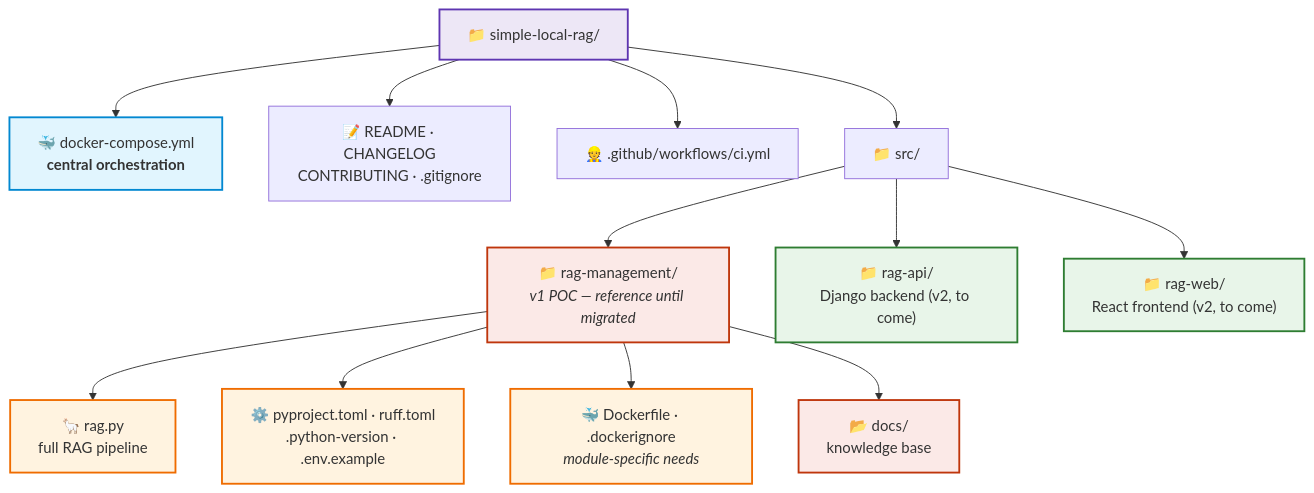
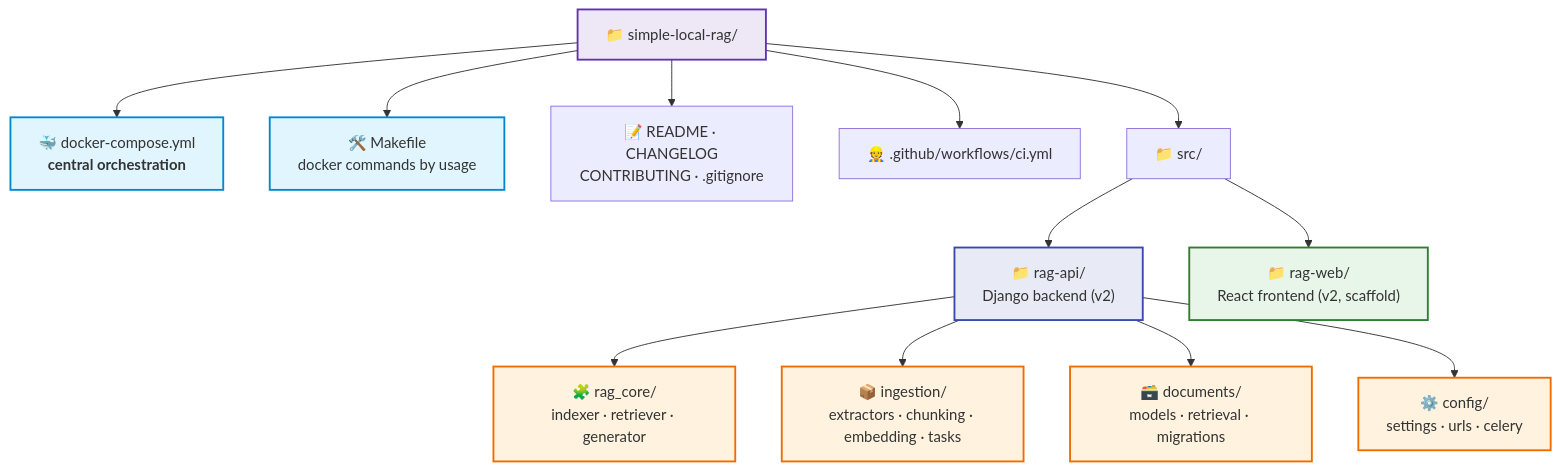
The third of 3 diagrams in README.md (farinaleo/simple-local-rag), drawn with Mermaid before and after one commit. The commit also changed other lines of this file and 21 other files, not shown here.

First line of the commit message:
🧹(backend) migrate rag core to rag_api and remove rag-management (#30)

````diff
--- a/README.md
+++ b/README.md
@@ -123,26 +126,25 @@
 ```mermaid
 flowchart TD
     ROOT["📁 simple-local-rag/"] --> ORCH["🐳 docker-compose.yml<br/><b>central orchestration</b>"]
+    ROOT --> MK["🛠️ Makefile<br/>docker commands by usage"]
     ROOT --> META["📝 README · CHANGELOG<br/>CONTRIBUTING · .gitignore"]
     ROOT --> CI["👷 .github/workflows/ci.yml"]
     ROOT --> SRC["📁 src/"]
-    SRC --> RM["📁 rag-management/<br/><i>v1 POC — reference until migrated</i>"]
-    RM --> CORE["🦙 rag.py<br/>full RAG pipeline"]
-    RM --> UVCFG["⚙️ pyproject.toml · ruff.toml<br/>.python-version · .env.example"]
-    RM --> DOCKER["🐳 Dockerfile · .dockerignore<br/><i>module-specific needs</i>"]
-    RM --> DATA["📂 docs/<br/>knowledge base"]
-    SRC --> API["📁 rag-api/<br/>Django backend (v2, to come)"]
-    SRC --> WEB["📁 rag-web/<br/>React frontend (v2, to come)"]
+    SRC --> API["📁 rag-api/<br/>Django backend (v2)"]
+    API --> CORE["🧩 rag_core/<br/>indexer · retriever · generator"]
+    API --> ING["📦 ingestion/<br/>extractors · chunking · embedding · tasks"]
+    API --> DOCSM["🗃️ documents/<br/>models · retrieval · migrations"]
+    API --> CFG["⚙️ config/<br/>settings · urls · celery"]
+    SRC --> WEB["📁 rag-web/<br/>React frontend (v2, scaffold)"]
 
     classDef root fill:#ede7f6,stroke:#5e35b1,stroke-width:2px
     classDef orch fill:#e1f5fe,stroke:#0288d1,stroke-width:2px
     classDef pkg fill:#e8eaf6,stroke:#3949ab,stroke-width:2px
     classDef core fill:#fff3e0,stroke:#ef6c00,stroke-width:2px
     classDef future fill:#e8f5e9,stroke:#2e7d32,stroke-width:2px
-    classDef legacy fill:#fbe9e7,stroke:#bf360c,stroke-width:2px
     class ROOT root
-    class ORCH orch
-    class RM,DATA legacy
-    class CORE,DOCKER,UVCFG core
-    class API,WEB future
+    class ORCH,MK orch
+    class API pkg
+    class CORE,ING,DOCSM,CFG core
+    class WEB future
 ```
````
